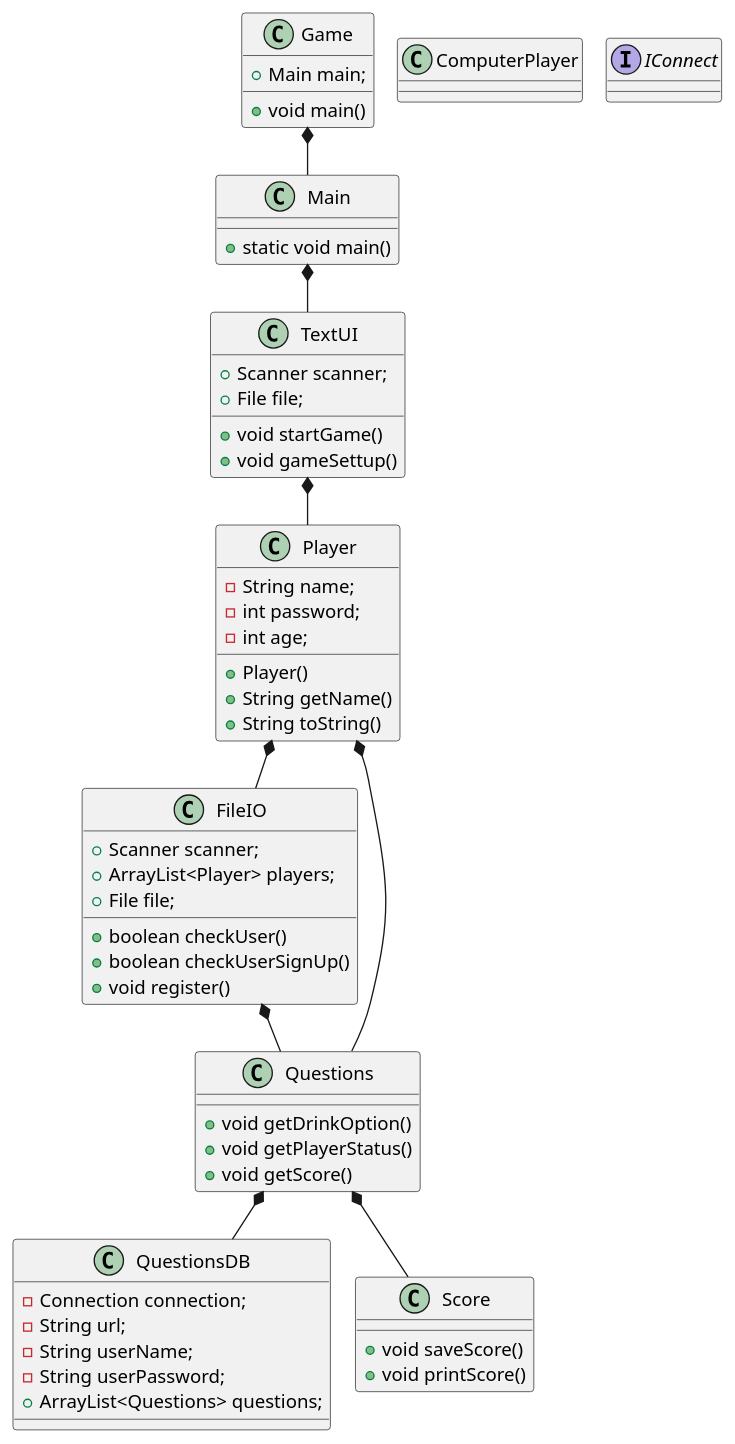
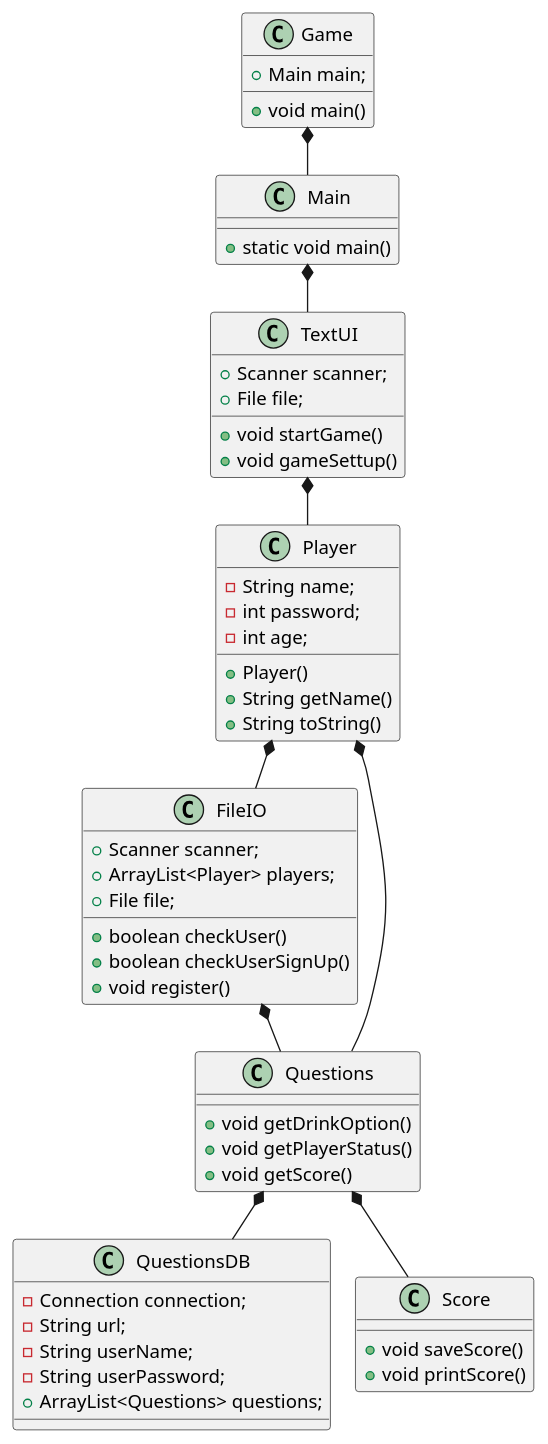
Before and after one commit to MajaLHJensen/DrukSpil: the diagram in PUML/Game.puml, drawn with PlantUML. The commit also changed 4 other files, not shown here.

```diff
--- a/PUML/Game.puml
+++ b/PUML/Game.puml
@@ -1,62 +1,60 @@
 @startuml
 !pragma layout smetana
 class Game
 class Main
 class FileIO
 class TextUI
 class Player
-class ComputerPlayer
 class Questions
 class QuestionsDB
 class Score
-interface IConnect
 
 Game *-- Main
 Main *-- TextUI
 TextUI *-- Player
 Player *-- Questions
 Questions *-- QuestionsDB
 Player *-- FileIO
 FileIO *-- Questions
 Questions *-- Score
 
 
 Game : + Main main;
 Game : + void main()
 
 Main : + static void main()
 
 TextUI : + Scanner scanner;
 TextUI : + File file;
 TextUI : + void startGame()
 TextUI : + void gameSettup()
 
 QuestionsDB : - Connection connection;
 QuestionsDB : - String url;
 QuestionsDB : - String userName;
 QuestionsDB : - String userPassword;
 QuestionsDB : + ArrayList<Questions> questions;
 
 Player : - String name;
 Player : - int password;
 Player : - int age;
 Player : + Player()
 Player : + String getName()
 Player : + String toString()
 
 FileIO : + Scanner scanner;
 FileIO : + ArrayList<Player> players;
 FileIO : + File file;
 FileIO : + boolean checkUser()
 FileIO : + boolean checkUserSignUp()
 FileIO : + void register()
 
 Questions : + void getDrinkOption()
 Questions : + void getPlayerStatus()
 Questions : + void getScore()
 
 Score : + void saveScore()
 Score : + void printScore()
 
 
 @enduml
```
